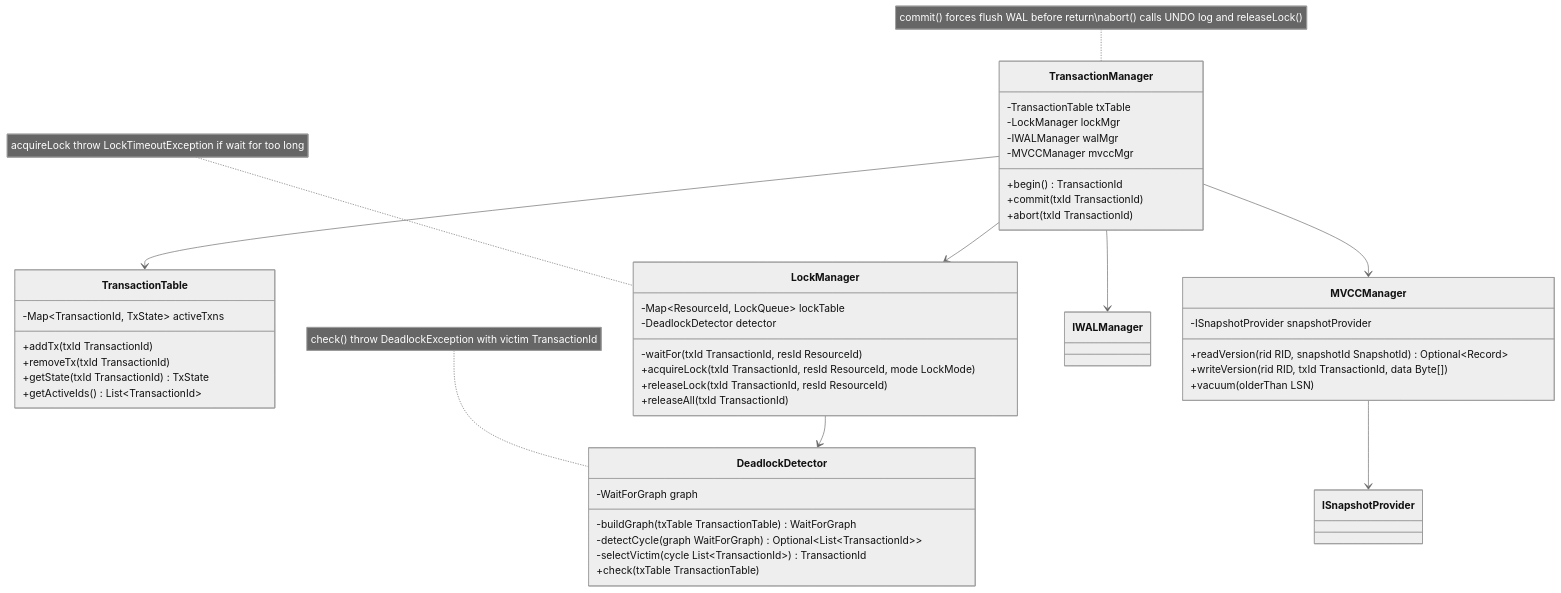
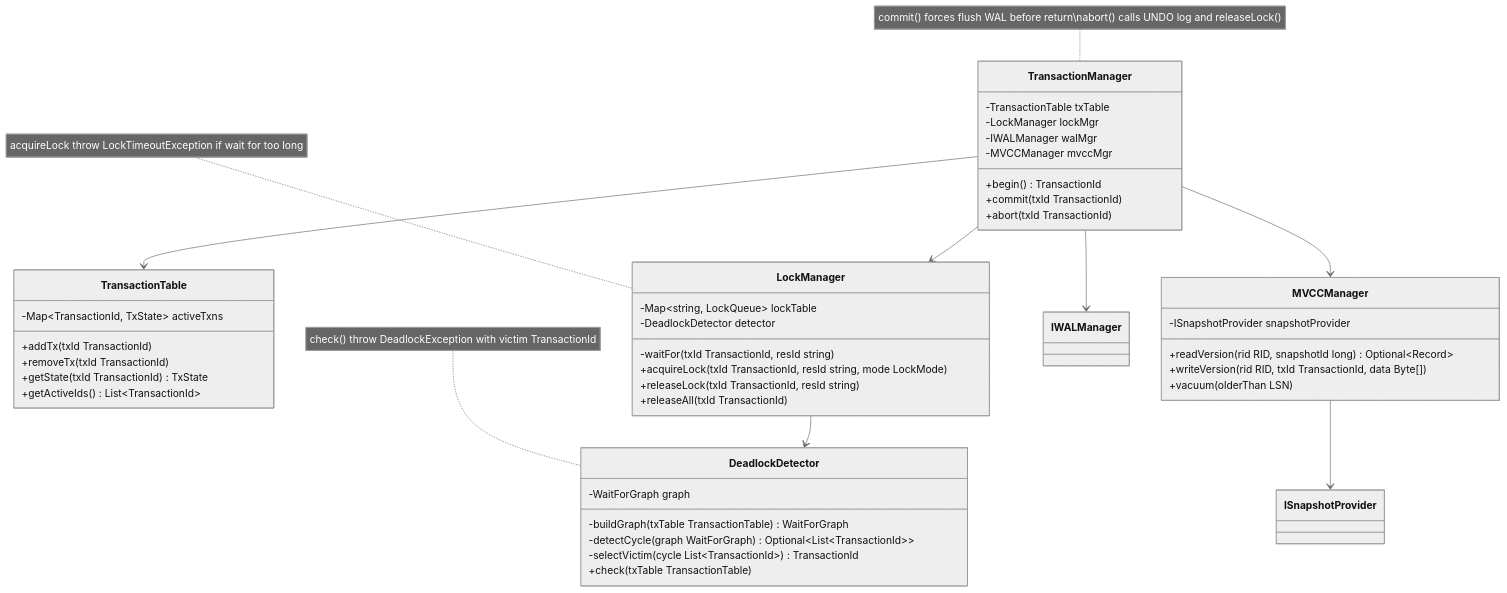
One commit to Hagiakhanh/bbv-dbms changed the seventh of 10 diagrams in README.md. Above: the diagram before and after it, drawn with Mermaid (neutral theme). The commit also changed other lines of this file and 128 other files, not shown here.

````diff
--- a/README.md
+++ b/README.md
@@ -647,55 +647,55 @@
 ```mermaid
 classDiagram
 
     class TransactionManager {
         -TransactionTable txTable
         -LockManager lockMgr
         -IWALManager walMgr
         -MVCCManager mvccMgr
         +begin() TransactionId
         +commit(txId TransactionId)
         +abort(txId TransactionId)
     }
     note for TransactionManager "commit() forces flush WAL before return\nabort() calls UNDO log and releaseLock()"
 
     class TransactionTable {
         -Map~TransactionId, TxState~ activeTxns
         +addTx(txId TransactionId)
         +removeTx(txId TransactionId)
         +getState(txId TransactionId) TxState
         +getActiveIds() List~TransactionId~
     }
 
     class LockManager {
-        -Map~ResourceId, LockQueue~ lockTable
+        -Map~string, LockQueue~ lockTable
         -DeadlockDetector detector
-        -waitFor(txId TransactionId, resId ResourceId)
-        +acquireLock(txId TransactionId, resId ResourceId, mode LockMode)
-        +releaseLock(txId TransactionId, resId ResourceId)
+        -waitFor(txId TransactionId, resId string)
+        +acquireLock(txId TransactionId, resId string, mode LockMode)
+        +releaseLock(txId TransactionId, resId string)
         +releaseAll(txId TransactionId)
     }
     note for LockManager "acquireLock throw LockTimeoutException if wait for too long"
 
     class MVCCManager {
         -ISnapshotProvider snapshotProvider
-        +readVersion(rid RID, snapshotId SnapshotId) Optional~Record~
+        +readVersion(rid RID, snapshotId long) Optional~Record~
         +writeVersion(rid RID, txId TransactionId, data Byte[])
         +vacuum(olderThan LSN)
     }
 
     class DeadlockDetector {
         -WaitForGraph graph
         -buildGraph(txTable TransactionTable) WaitForGraph
         -detectCycle(graph WaitForGraph) Optional~List~TransactionId~~
         -selectVictim(cycle List~TransactionId~) TransactionId
         +check(txTable TransactionTable)
     }
     note for DeadlockDetector "check() throw DeadlockException with victim TransactionId"
 
     TransactionManager --> TransactionTable
     TransactionManager --> LockManager
     TransactionManager --> IWALManager
     TransactionManager --> MVCCManager
     LockManager --> DeadlockDetector
     MVCCManager --> ISnapshotProvider
 ```
````
